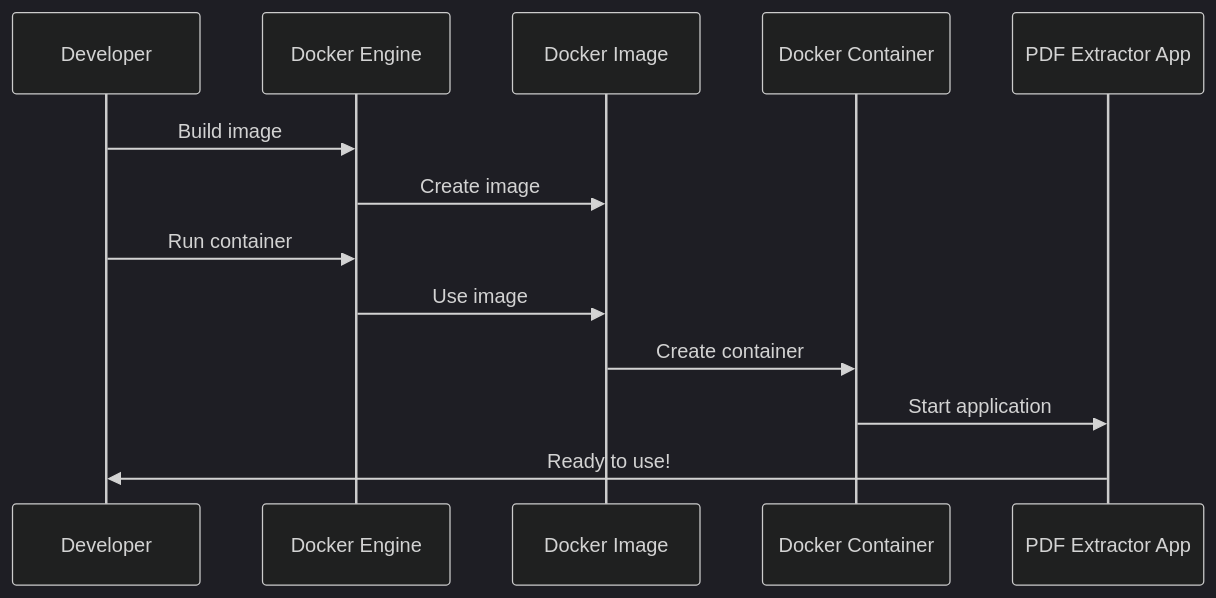
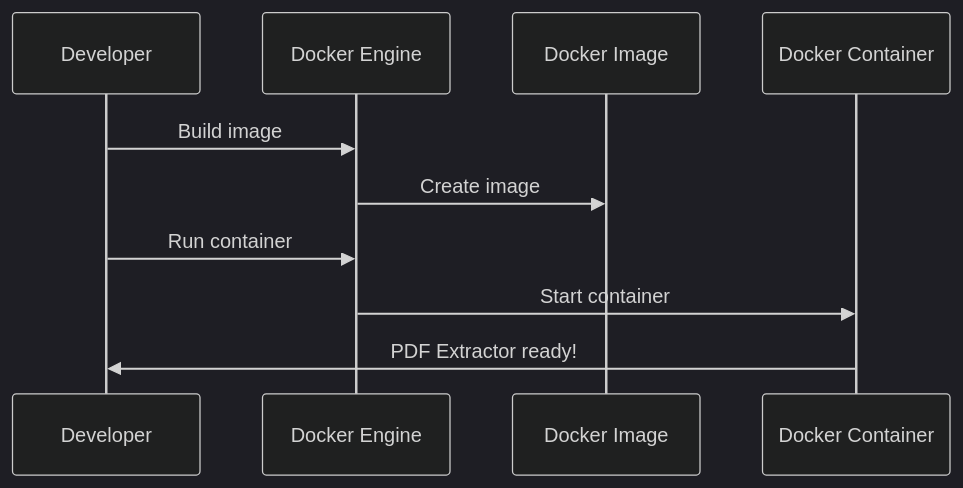
Before and after one commit to dygavieta/NewRepo: the sixth of 6 diagrams in README.md, drawn with Mermaid (dark theme). The commit also changed other lines of this file, not shown here.

````diff
--- a/README.md
+++ b/README.md
@@ -1170,16 +452,12 @@
 ```mermaid
 sequenceDiagram
     participant Dev as Developer
     participant Docker as Docker Engine
     participant Image as Docker Image
     participant Container as Docker Container
-    participant App as PDF Extractor App
-
     Dev->>Docker: Build image
     Docker->>Image: Create image
     Dev->>Docker: Run container
-    Docker->>Image: Use image
-    Image->>Container: Create container
-    Container->>App: Start application
-    App->>Dev: Ready to use!
+    Docker->>Container: Start container
+    Container->>Dev: PDF Extractor ready!
 ```
````
